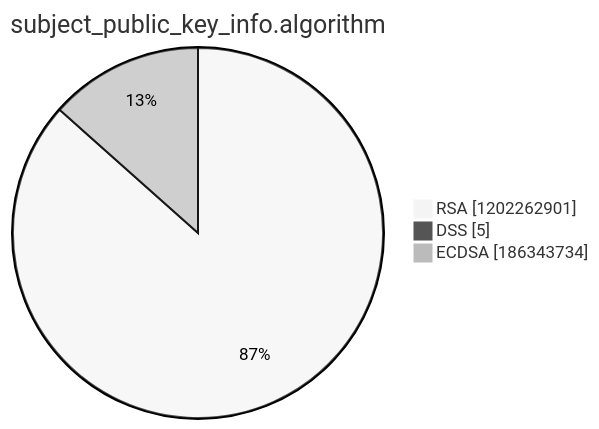
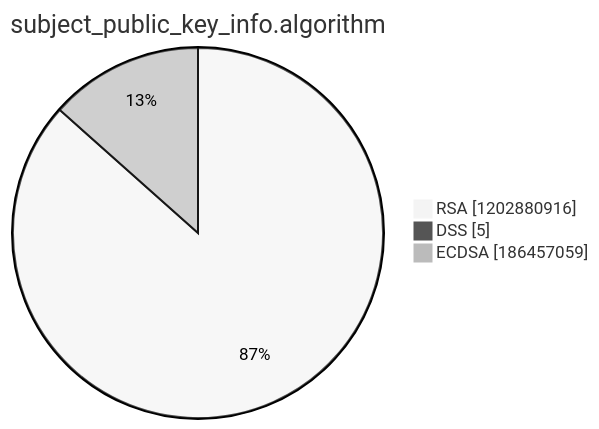
One commit to christiankrug/ctmonitor_visualization changed the third of 15 diagrams in argon2022/README.md. Above: the diagram before and after it, drawn with Mermaid (neutral theme). The commit also changed other lines of this file, not shown here.

````diff
--- a/argon2022/README.md
+++ b/argon2022/README.md
@@ -14,7 +14,7 @@
 ```mermaid
 pie showData
 title subject_public_key_info.algorithm
-"RSA" :1202262901
+"RSA" :1202880916
 "DSS" :5
-"ECDSA" :186343734
+"ECDSA" :186457059
 ```
````
